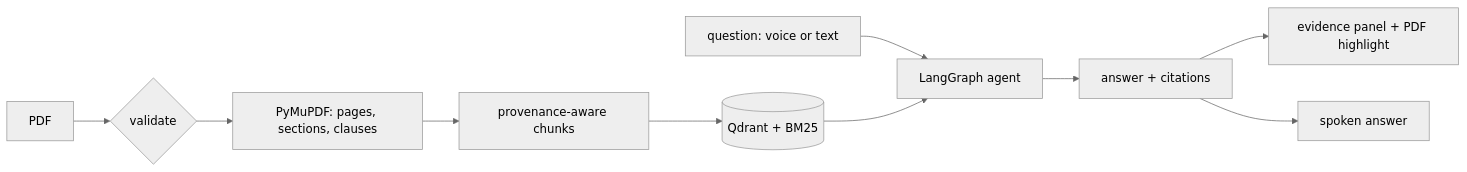
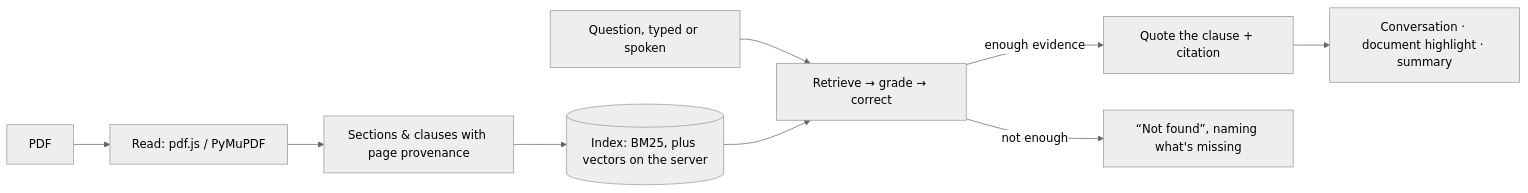
Before and after one commit to sn3hhaa/clai: the diagram in README.md, drawn with Mermaid (neutral theme). The commit also changed other lines of this file and 69 other files, not shown here.

````diff
--- a/README.md
+++ b/README.md
@@ -66,12 +52,11 @@
 ```mermaid
 flowchart LR
-    PDF[PDF] --> V{validate}
-    V --> X[PyMuPDF: pages, sections, clauses]
-    X --> C[provenance-aware chunks]
-    C --> E[(Qdrant + BM25)]
-    Q[question: voice or text] --> G[LangGraph agent]
-    E --> G
-    G --> A[answer + citations]
-    A --> UI[evidence panel + PDF highlight]
-    A --> S[spoken answer]
+    PDF[PDF] --> R[Read: pdf.js / PyMuPDF]
+    R --> S[Sections & clauses with page provenance]
+    S --> I[(Index: BM25, plus vectors on the server)]
+    Q[Question, typed or spoken] --> E[Retrieve → grade → correct]
+    I --> E
+    E -->|enough evidence| A[Quote the clause + citation]
+    E -->|not enough| N[“Not found”, naming what's missing]
+    A --> U[Conversation · document highlight · summary]
 ```
````
